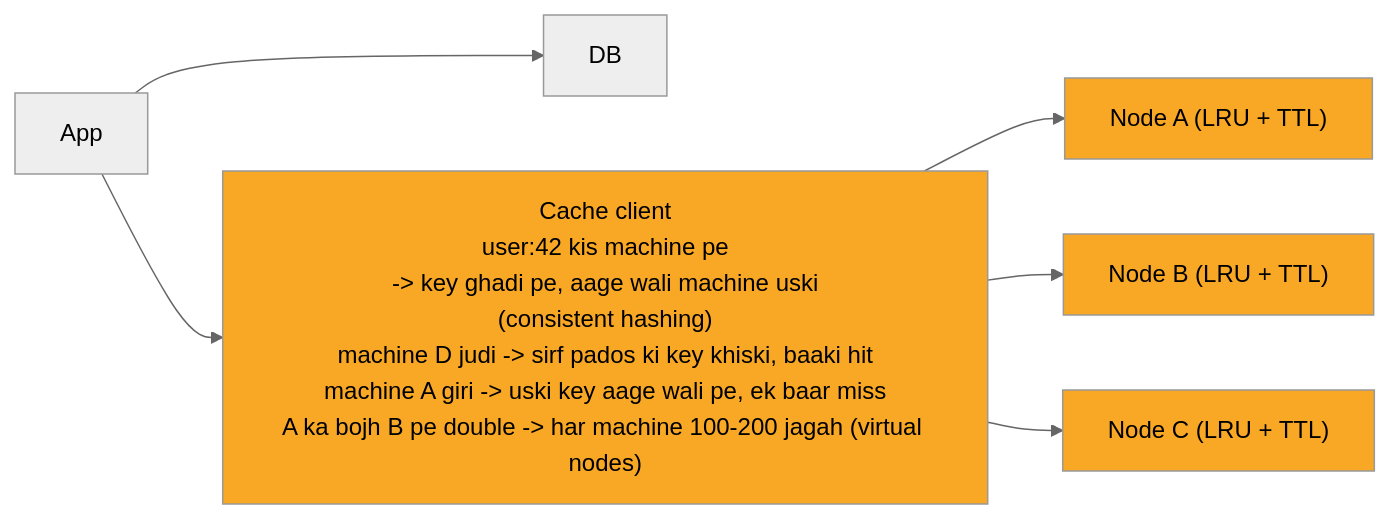
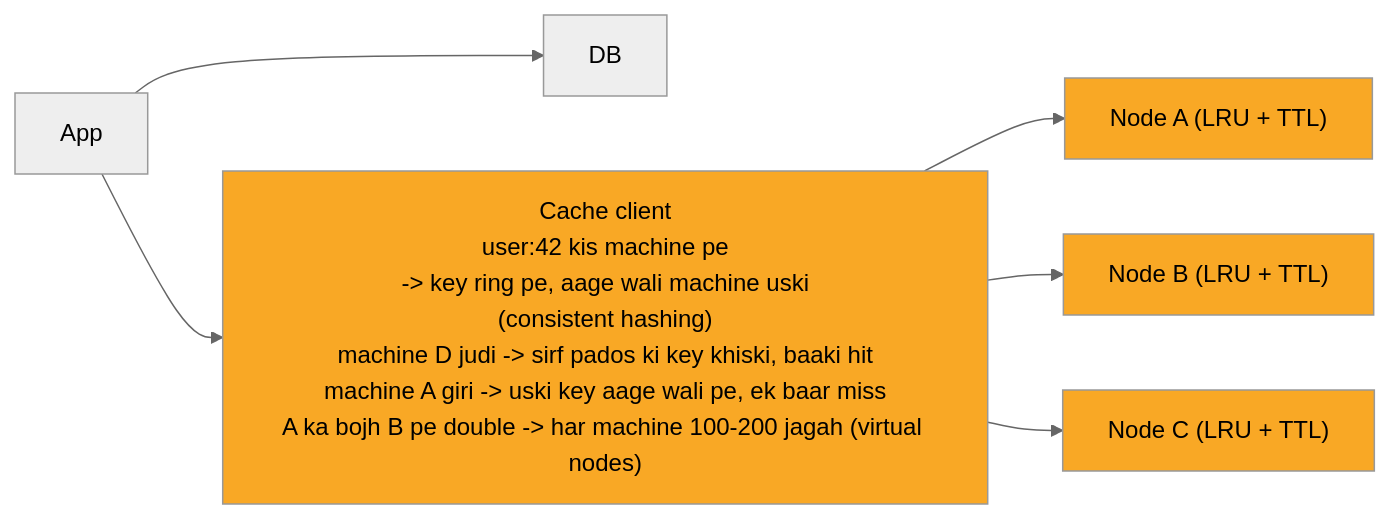
The third of 8 diagrams in 04_HLD/SYSTEM_DESIGNS/10_distributed_cache/10_distributed_cache.md (ArpanMaheshwari144/Prep), drawn with Mermaid (neutral theme) before and after one commit. The commit also changed other lines of this file and 12 other files, not shown here.

````diff
--- a/04_HLD/SYSTEM_DESIGNS/10_distributed_cache/10_distributed_cache.md
+++ b/04_HLD/SYSTEM_DESIGNS/10_distributed_cache/10_distributed_cache.md
@@ -134,19 +134,19 @@
 ```mermaid
 %%{init: {"flowchart": {"wrappingWidth": 450}}}%%
 flowchart LR
     n_App["App"]
     n_DB["DB"]
-    n_Cache_client["Cache client<br/>user:42 kis machine pe<br/>-> key ghadi pe, aage wali machine uski<br/>(consistent hashing)<br/>machine D judi -> sirf pados ki key khiski, baaki hit<br/>machine A giri -> uski key aage wali pe, ek baar miss<br/>A ka bojh B pe double -> har machine 100-200 jagah (virtual nodes)"]
+    n_Cache_client["Cache client<br/>user:42 kis machine pe<br/>-> key ring pe, aage wali machine uski<br/>(consistent hashing)<br/>machine D judi -> sirf pados ki key khiski, baaki hit<br/>machine A giri -> uski key aage wali pe, ek baar miss<br/>A ka bojh B pe double -> har machine 100-200 jagah (virtual nodes)"]
     n_Node_A["Node A (LRU + TTL)"]
     n_Node_B["Node B (LRU + TTL)"]
     n_Node_C["Node C (LRU + TTL)"]
     n_App --> n_DB
     n_App --> n_Cache_client
     n_Cache_client --> n_Node_A
     n_Cache_client --> n_Node_B
     n_Cache_client --> n_Node_C
     style n_Cache_client fill:#f9a825,color:#000
     style n_Node_A fill:#f9a825,color:#000
     style n_Node_B fill:#f9a825,color:#000
     style n_Node_C fill:#f9a825,color:#000
 ```
````
